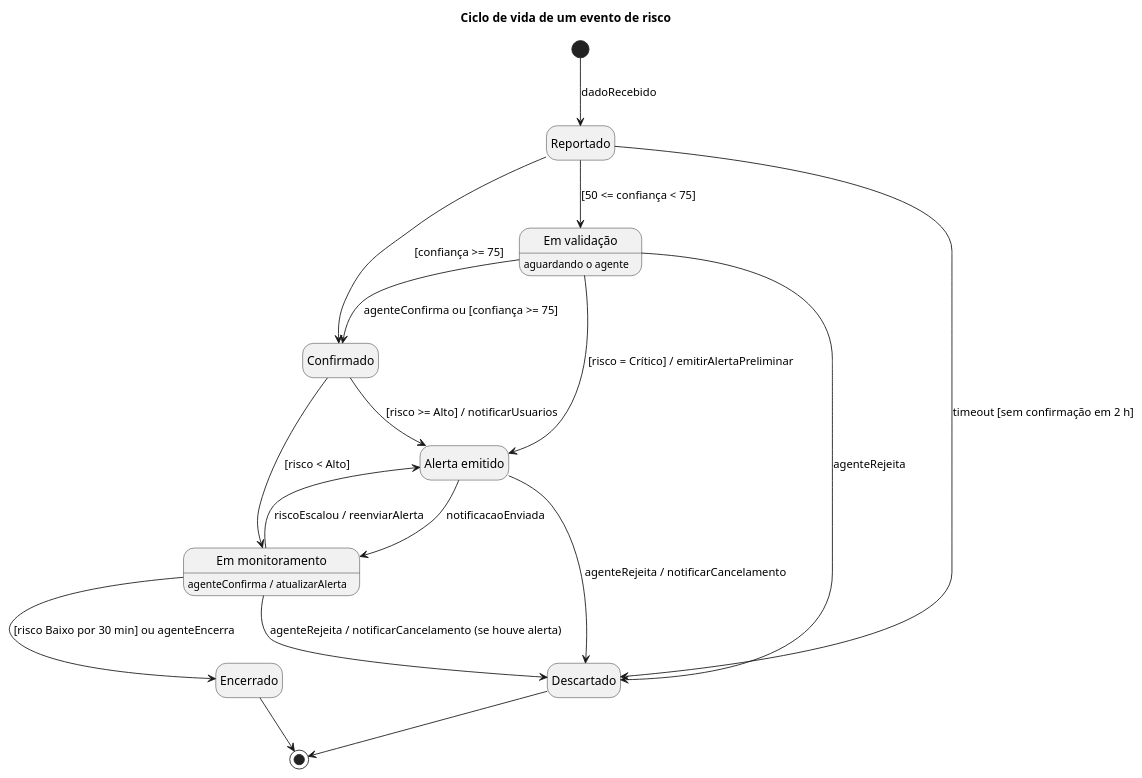
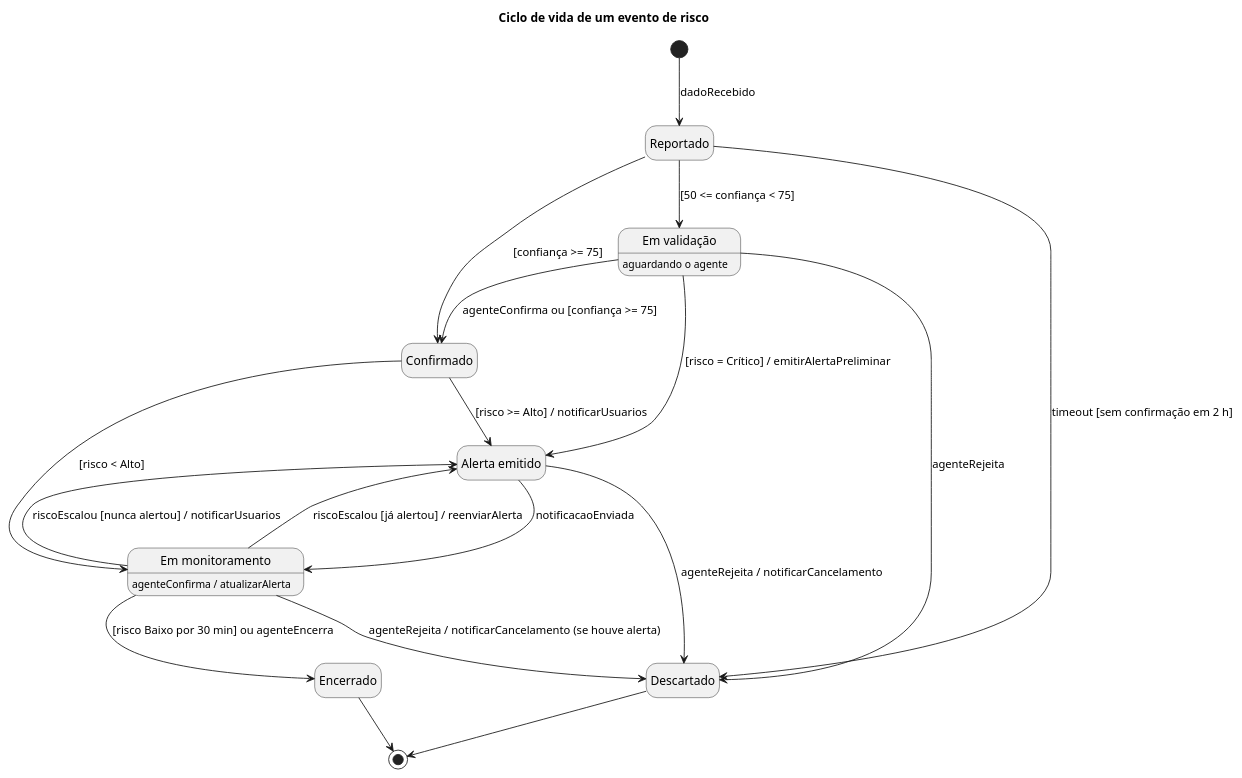
The diagram in docs/diagramas/estados.puml (IsaacEmerick/urban-risk-platform), drawn with PlantUML before and after one commit. The commit also changed 9 other files, not shown here.

```diff
--- a/docs/diagramas/estados.puml
+++ b/docs/diagramas/estados.puml
@@ -1,33 +1,34 @@
 @startuml estados
 title Ciclo de vida de um evento de risco
 hide empty description
 state Reportado
 state "Em validação" as EmValidacao
 state Confirmado
 state "Alerta emitido" as AlertaEmitido
 state "Em monitoramento" as EmMonitoramento
 state Encerrado
 state Descartado
 
 ' Em validação = aguardando a decisão do agente (RN02)
 EmValidacao : aguardando o agente
 ' Transição interna: confirma o alerta preliminar e remove a marca "não confirmado"
 EmMonitoramento : agenteConfirma / atualizarAlerta
 
 [*] --> Reportado : dadoRecebido
 Reportado --> Confirmado : [confiança >= 75]
 Reportado --> EmValidacao : [50 <= confiança < 75]
 Reportado --> Descartado : timeout [sem confirmação em 2 h]
 EmValidacao --> Confirmado : agenteConfirma ou [confiança >= 75]
 EmValidacao --> AlertaEmitido : [risco = Crítico] / emitirAlertaPreliminar
 EmValidacao --> Descartado : agenteRejeita
 Confirmado --> AlertaEmitido : [risco >= Alto] / notificarUsuarios
 Confirmado --> EmMonitoramento : [risco < Alto]
 AlertaEmitido --> EmMonitoramento : notificacaoEnviada
 AlertaEmitido --> Descartado : agenteRejeita / notificarCancelamento
-EmMonitoramento --> AlertaEmitido : riscoEscalou / reenviarAlerta
+EmMonitoramento --> AlertaEmitido : riscoEscalou [nunca alertou] / notificarUsuarios
+EmMonitoramento --> AlertaEmitido : riscoEscalou [já alertou] / reenviarAlerta
 EmMonitoramento --> Descartado : agenteRejeita / notificarCancelamento (se houve alerta)
 EmMonitoramento --> Encerrado : [risco Baixo por 30 min] ou agenteEncerra
 Encerrado --> [*]
 Descartado --> [*]
 @enduml
```
